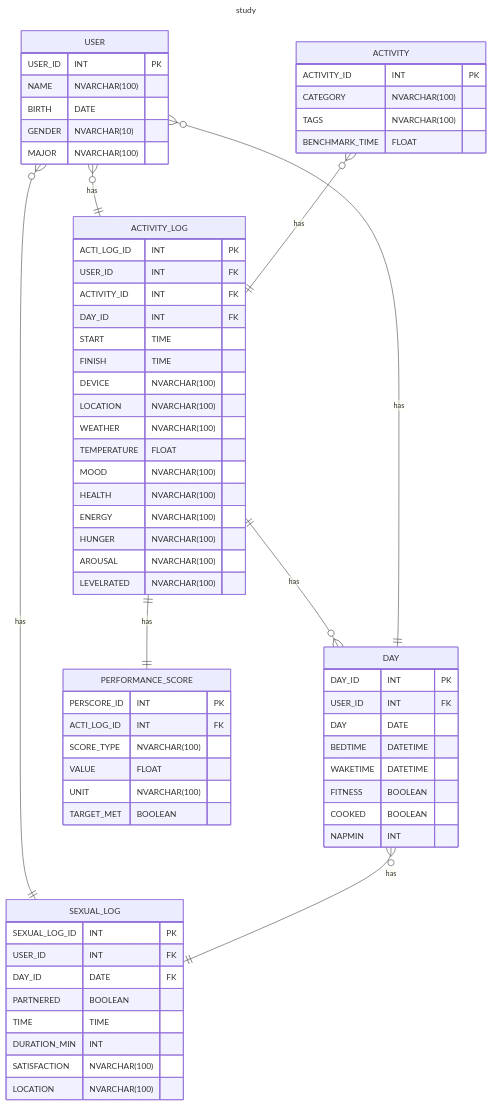
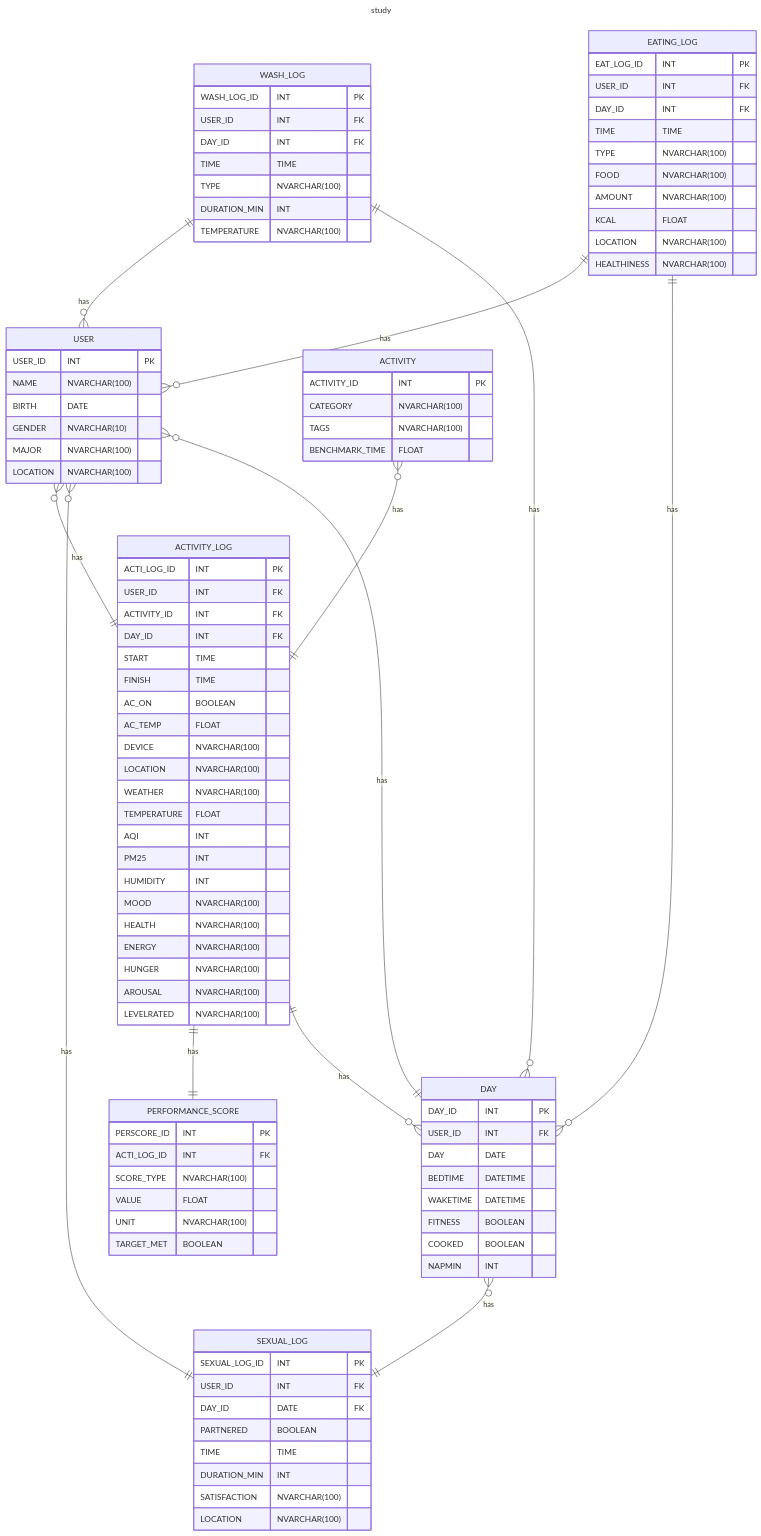
The diagram in brain.study/README.md (Bancie/LearningDB), drawn with Mermaid before and after one commit. The commit also changed other lines of this file, not shown here.

````diff
--- a/brain.study/README.md
+++ b/brain.study/README.md
@@ -11,6 +11,7 @@
         BIRTH DATE
         GENDER NVARCHAR(10)
         MAJOR NVARCHAR(100)
+        LOCATION NVARCHAR(100)
     }
 
     ACTIVITY {
@@ -38,10 +39,15 @@
         DAY_ID INT FK
         START TIME
         FINISH TIME
+        AC_ON BOOLEAN
+        AC_TEMP FLOAT
         DEVICE NVARCHAR(100)
         LOCATION NVARCHAR(100)
         WEATHER NVARCHAR(100)
         TEMPERATURE FLOAT
+        AQI INT
+        PM25 INT
+        HUMIDITY INT
         MOOD NVARCHAR(100)
         HEALTH NVARCHAR(100)
         ENERGY NVARCHAR(100)
@@ -70,6 +76,29 @@
         LOCATION NVARCHAR(100)
     }
 
+    WASH_LOG {
+        WASH_LOG_ID INT PK
+        USER_ID INT FK
+        DAY_ID INT FK
+        TIME TIME
+        TYPE NVARCHAR(100)
+        DURATION_MIN INT
+        TEMPERATURE NVARCHAR(100)
+    }
+
+    EATING_LOG {
+        EAT_LOG_ID INT PK
+        USER_ID INT FK
+        DAY_ID INT FK
+        TIME TIME
+        TYPE NVARCHAR(100)
+        FOOD NVARCHAR(100)
+        AMOUNT NVARCHAR(100)
+        KCAL FLOAT
+        LOCATION NVARCHAR(100)
+        HEALTHINESS NVARCHAR(100)
+    }
+
     USER o{--|| ACTIVITY_LOG : has
     ACTIVITY o{--|| ACTIVITY_LOG : has
     ACTIVITY_LOG ||--|| PERFORMANCE_SCORE : has
@@ -77,4 +106,8 @@
     DAY ||--o{ USER : has
     USER o{--|| SEXUAL_LOG : has
     DAY o{--|| SEXUAL_LOG : has
+    WASH_LOG ||--o{ USER : has
+    WASH_LOG ||--o{ DAY : has
+    EATING_LOG ||--o{ USER : has
+    EATING_LOG ||--o{ DAY : has
 ```
````
